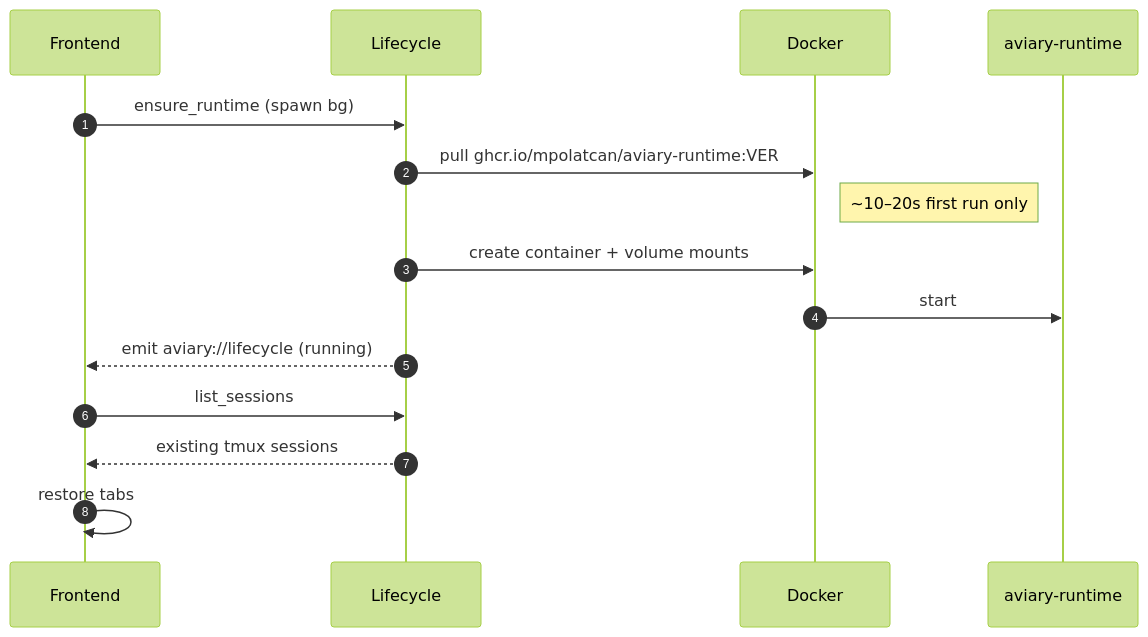
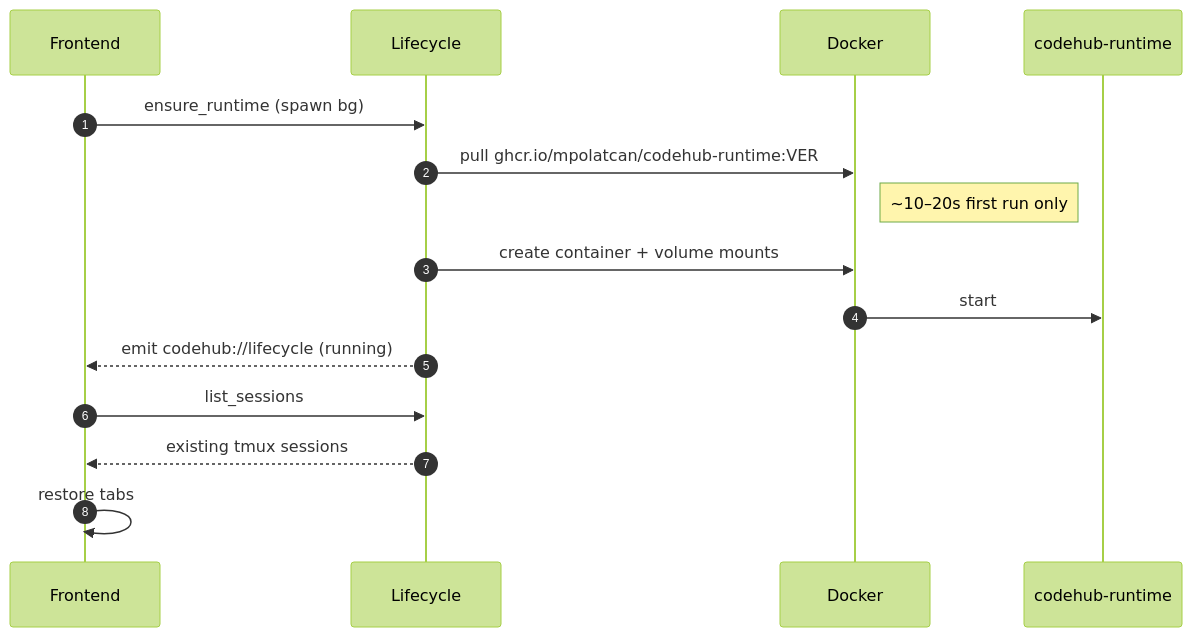
One commit to mpolatcan/aviary changed the second of 3 diagrams in README.md. Above: the diagram before and after it, drawn with Mermaid (forest theme). The commit also changed other lines of this file and 29 other files, not shown here.

````diff
--- a/README.md
+++ b/README.md
@@ -50,18 +50,18 @@
 ```mermaid
 sequenceDiagram
     autonumber
     participant UI as Frontend
     participant LC as Lifecycle
     participant D as Docker
-    participant C as aviary-runtime
+    participant C as codehub-runtime
 
     UI->>LC: ensure_runtime (spawn bg)
-    LC->>D: pull ghcr.io/mpolatcan/aviary-runtime:VER
+    LC->>D: pull ghcr.io/mpolatcan/codehub-runtime:VER
     Note right of D: ~10–20s first run only
     LC->>D: create container + volume mounts
     D->>C: start
-    LC-->>UI: emit aviary://lifecycle (running)
+    LC-->>UI: emit codehub://lifecycle (running)
     UI->>LC: list_sessions
     LC-->>UI: existing tmux sessions
     UI->>UI: restore tabs
 ```
````
